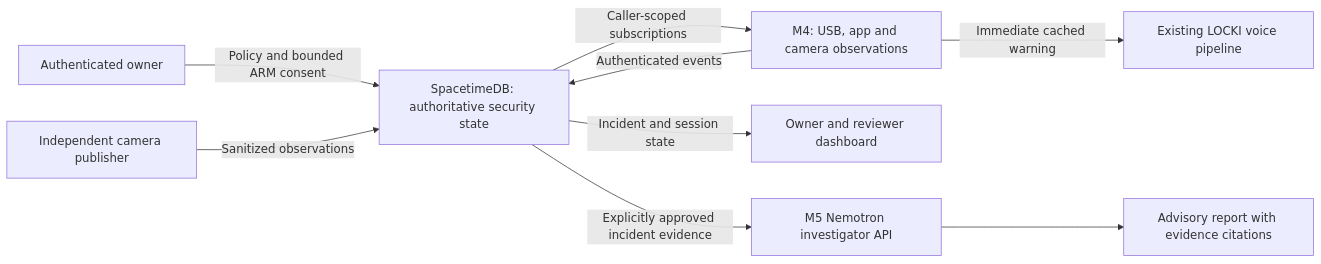
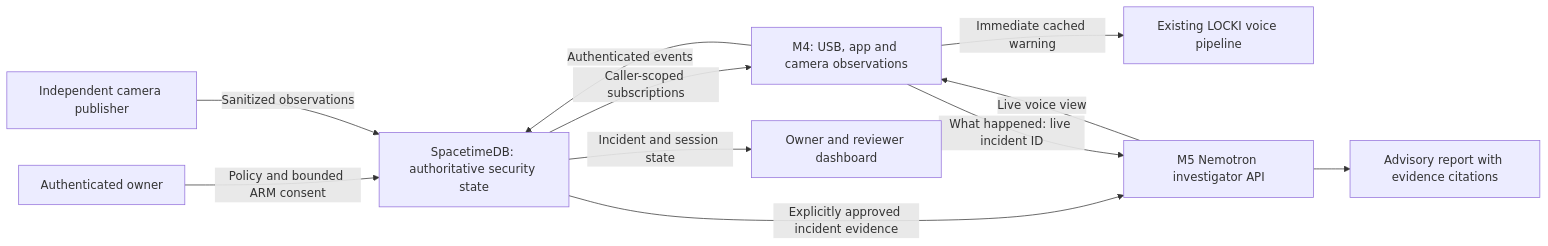
Before and after one commit to Dhruvjain35/locki-airlock: the diagram in README.md, drawn with Mermaid. The commit also changed other lines of this file and 11 other files, not shown here.

````diff
--- a/README.md
+++ b/README.md
@@ -18,11 +18,13 @@
 ```mermaid
 flowchart LR
     Owner[Authenticated owner] -->|Policy and bounded ARM consent| DB[SpacetimeDB: authoritative security state]
     Mac[M4: USB, app and camera observations] -->|Authenticated events| DB
     Jetson[Independent camera publisher] -->|Sanitized observations| DB
     Mac -->|Immediate cached warning| Voice[Existing LOCKI voice pipeline]
     DB -->|Caller-scoped subscriptions| Mac
     DB -->|Incident and session state| Dashboard[Owner and reviewer dashboard]
     DB -->|Explicitly approved incident evidence| Investigator[M5 Nemotron investigator API]
+    Mac -->|What happened: live incident ID| Investigator
+    Investigator -->|Live voice view| Mac
     Investigator --> Report[Advisory report with evidence citations]
 ```
````
